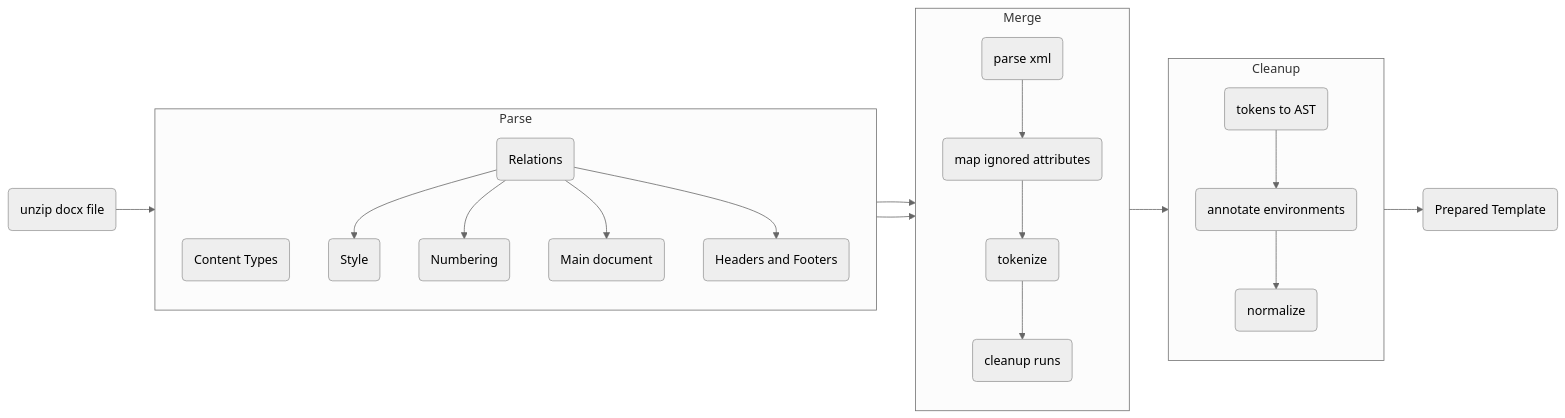
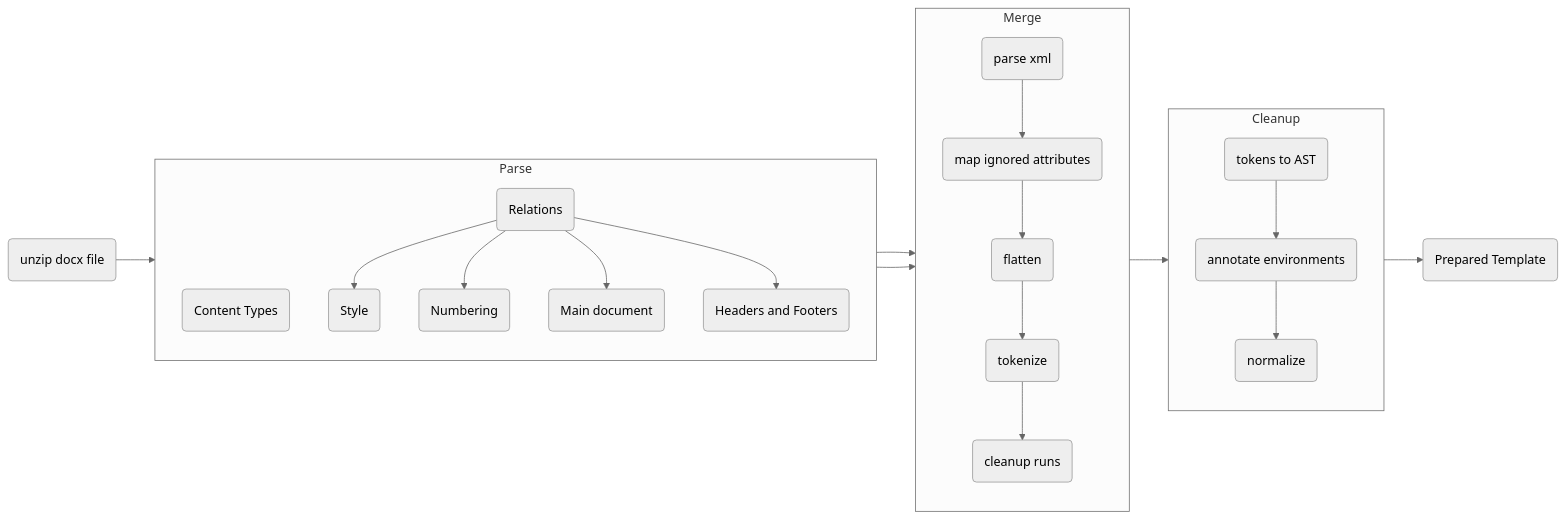
Before and after one commit to erdos/stencil: the second of 3 diagrams in ARCHITECTURE.md, drawn with Mermaid (neutral theme). The commit also changed other lines of this file, not shown here.

````diff
--- a/ARCHITECTURE.md
+++ b/ARCHITECTURE.md
@@ -23,29 +23,29 @@
 ```mermaid
 flowchart LR
       p1("unzip docx file") --> Parse
 
       subgraph Parse
         direction TB
         pp0("Content Types")
         pp1("Relations")
         pp1 --> pp2("Style")
         pp1 --> pp3("Numbering")
         pp1 --> ppm("Main document")
         pp1 --> pphf("Headers and Footers")
       end
 
       ppm  --> Merge
       pphf --> Merge --> Cleanup
 
       subgraph Merge
         direction TB
-        mm1("parse xml") --> mm2("map ignored attributes") -->  mm3("tokenize") --> mm4("cleanup runs")
+        mm1("parse xml") --> mm2("map ignored attributes") --> flatten("flatten") -->  mm3("tokenize") --> mm4("cleanup runs")
       end
 
       subgraph Cleanup
           direction TB
           cc1("tokens to AST") --> cc2("annotate environments") --> cc3("normalize")
       end
 
       Cleanup --> done("Prepared Template")
 ```
````
